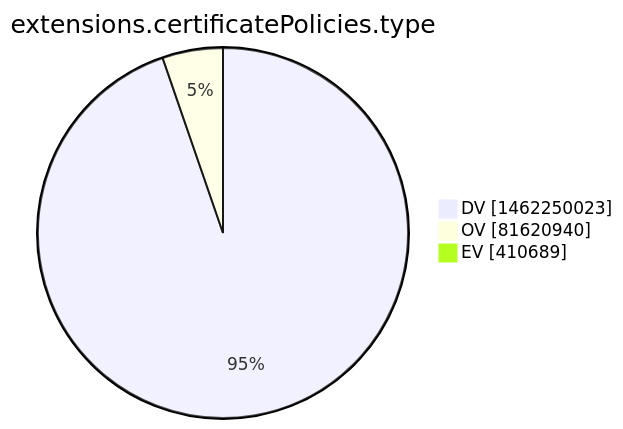
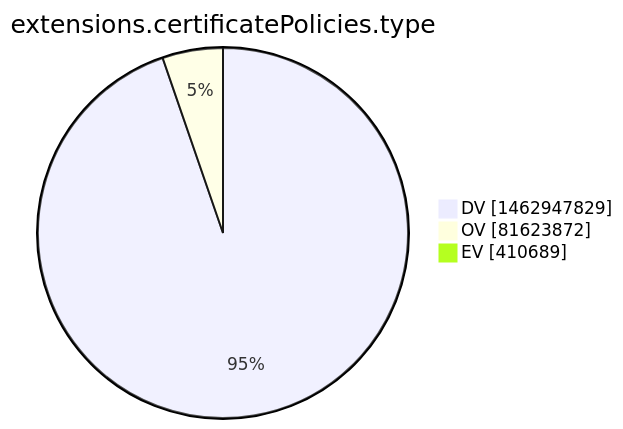
One commit to christiankrug/ctmonitor_visualization changed the tenth of 15 diagrams in xenon2022/README.md. Above: the diagram before and after it, drawn with Mermaid. The commit also changed other lines of this file, not shown here.

````diff
--- a/xenon2022/README.md
+++ b/xenon2022/README.md
@@ -2870,7 +2870,7 @@
 ```mermaid
 pie showData
 title extensions.certificatePolicies.type
-"DV" :1462250023
-"OV" :81620940
+"DV" :1462947829
+"OV" :81623872
 "EV" :410689
 ```
````
